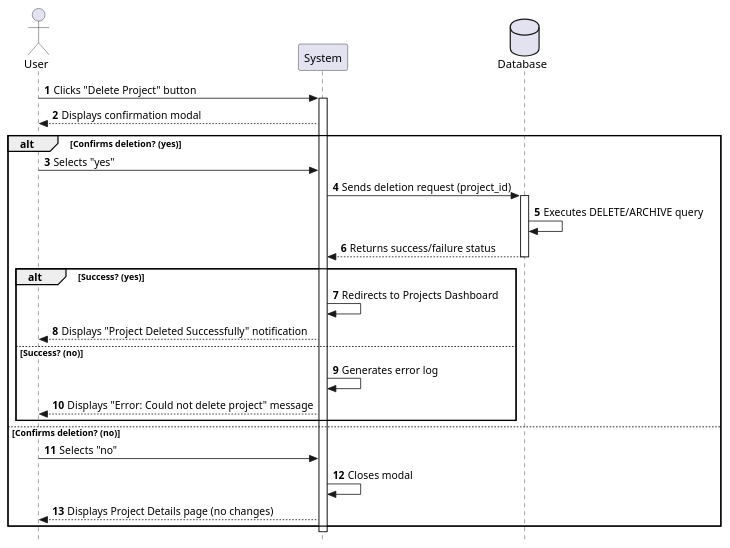
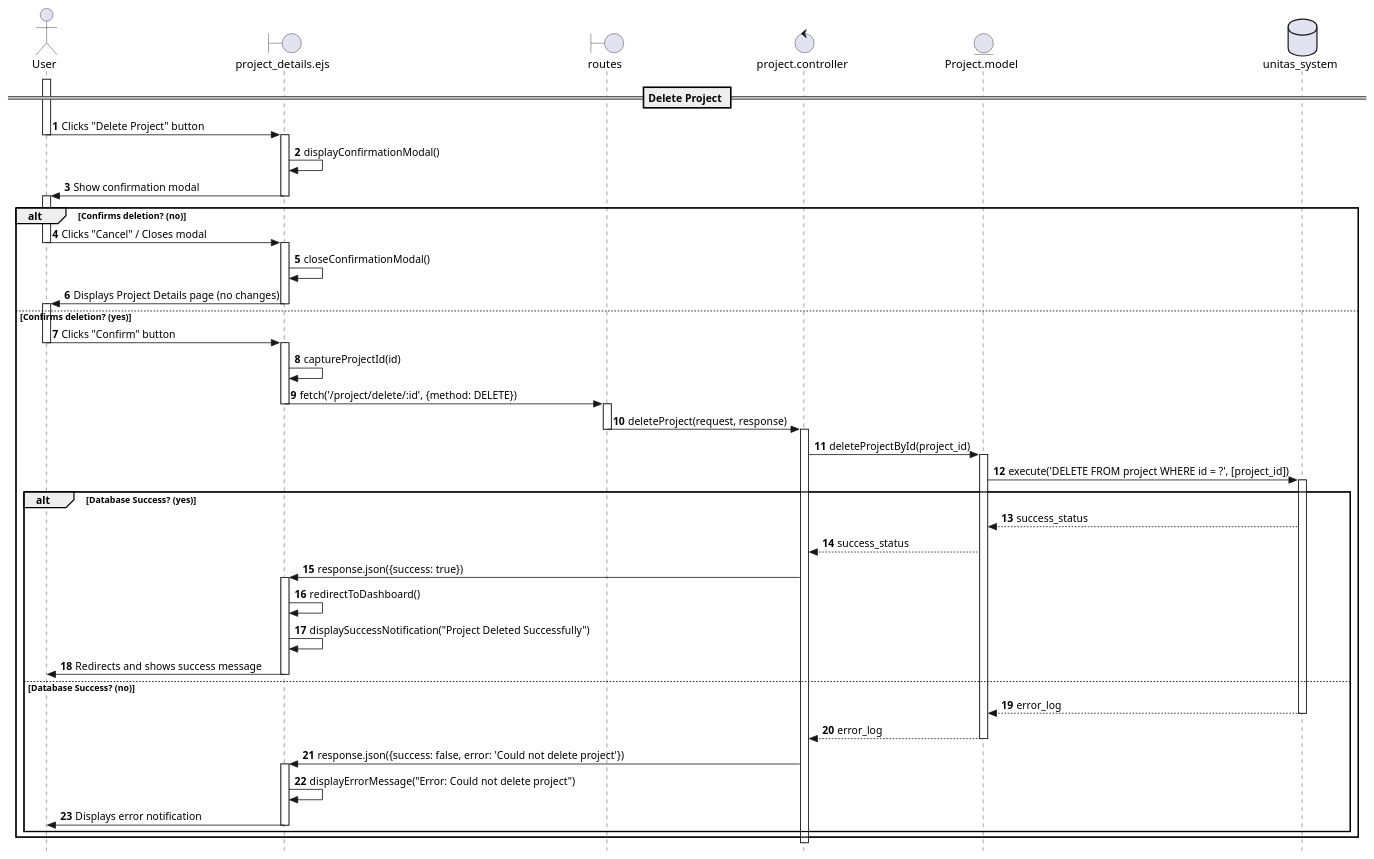
One commit to Berthou05/LimboSoftwareDevelopment_Change.org changed the diagram in documentation/sequence_diagrams/PROJ-03-SD.puml. Above: the diagram before and after it, drawn with PlantUML. The commit also changed 19 other files, not shown here.

Commit message:
[CHORE] moved activity diagrams to sequence_diagrams folder

```diff
--- a/documentation/sequence_diagrams/PROJ-03-SD.puml
+++ b/documentation/sequence_diagrams/PROJ-03-SD.puml
@@ -1,37 +1,77 @@
 @startuml
+skinparam style strictuml
+
+actor User as U
+boundary "project_details.ejs" as V
+boundary "routes" as RO
+control "project.controller" as C
+entity "Project.model" as M
+database "unitas_system" as BD
+
 autonumber
-skinparam Style strictuml
 
-actor User
-participant "System" as Sys
-database "Database" as DB
+== Delete Project ==
 
-User -> Sys: Clicks "Delete Project" button
-activate Sys
+activate U
+U -> V: Clicks "Delete Project" button
+deactivate U
 
-Sys --> User: Displays confirmation modal
+activate V
+V -> V: displayConfirmationModal()
+V -> U: Show confirmation modal
+deactivate V
 
-alt Confirms deletion? (yes)
-    User -> Sys: Selects "yes"
-    Sys -> DB: Sends deletion request (project_id)
-    activate DB
-    DB -> DB: Executes DELETE/ARCHIVE query
-    DB --> Sys: Returns success/failure status
-    deactivate DB
+alt Confirms deletion? (no)
+    activate U
+    U -> V: Clicks "Cancel" / Closes modal
+    deactivate U
+    activate V
+    V -> V: closeConfirmationModal()
+    V -> U: Displays Project Details page (no changes)
+    deactivate V
+
+else Confirms deletion? (yes)
+    activate U
+    U -> V: Clicks "Confirm" button
+    deactivate U
+    activate V
+    V -> V: captureProjectId(id)
+    V -> RO: fetch('/project/delete/:id', {method: DELETE})
+    deactivate V
+
+    activate RO
+    RO -> C: deleteProject(request, response)
+    deactivate RO
+
+    activate C
+    C -> M: deleteProjectById(project_id)
+    activate M
+    M -> BD: execute('DELETE FROM project WHERE id = ?', [project_id])
+    activate BD
     
-    alt Success? (yes)
-        Sys -> Sys: Redirects to Projects Dashboard
-        Sys --> User: Displays "Project Deleted Successfully" notification
-    else Success? (no)
-        Sys -> Sys: Generates error log
-        Sys --> User: Displays "Error: Could not delete project" message
+    alt Database Success? (yes)
+        BD --> M: success_status
+        M --> C: success_status
+        C -> V: response.json({success: true})
+        activate V
+        V -> V: redirectToDashboard()
+        V -> V: displaySuccessNotification("Project Deleted Successfully")
+        V -> U: Redirects and shows success message
+        deactivate V
+        
+    else Database Success? (no)
+        BD --> M: error_log
+        deactivate BD
+        M --> C: error_log
+        deactivate M
+        C -> V: response.json({success: false, error: 'Could not delete project'})
+        activate V
+        V -> V: displayErrorMessage("Error: Could not delete project")
+        V -> U: Displays error notification
+        deactivate V
     end
-    
-else Confirms deletion? (no)
-    User -> Sys: Selects "no"
-    Sys -> Sys: Closes modal
-    Sys --> User: Displays Project Details page (no changes)
 end
 
-deactivate Sys
+deactivate C
+
 @enduml
```
